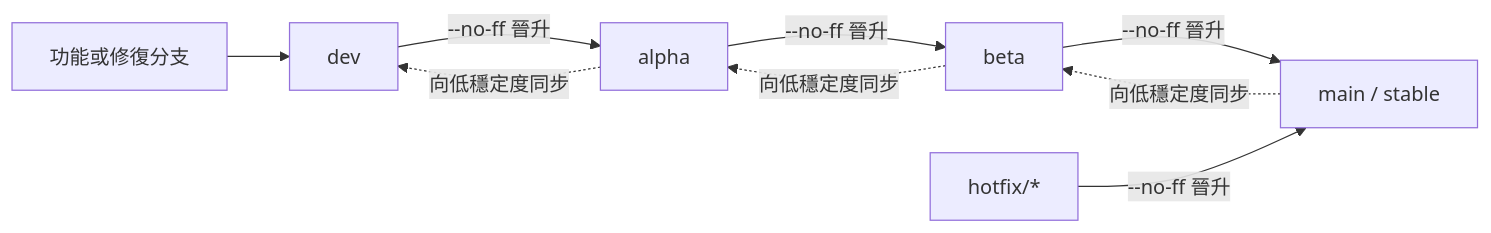
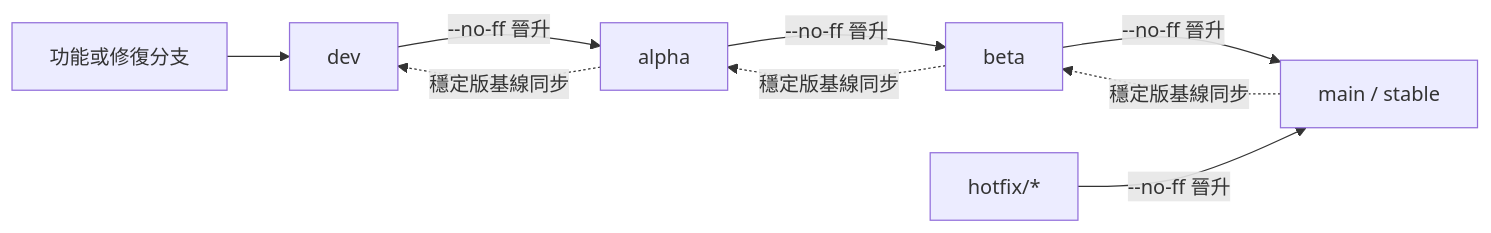
Before and after one commit to MinecraftSTL/XYML: the diagram in docs/ReleaseSchedule_zh_Hant.md, drawn with Mermaid. The commit also changed other lines of this file and 6 other files, not shown here.

````diff
--- a/docs/ReleaseSchedule_zh_Hant.md
+++ b/docs/ReleaseSchedule_zh_Hant.md
@@ -59,11 +59,11 @@
 ```mermaid
 flowchart LR
     F["功能或修復分支"] --> D["dev"]
     D -->|"--no-ff 晉升"| A["alpha"]
     A -->|"--no-ff 晉升"| B["beta"]
     B -->|"--no-ff 晉升"| S["main / stable"]
     H["hotfix/*"] -->|"--no-ff 晉升"| S
-    S -. "向低穩定度同步" .-> B
-    B -. "向低穩定度同步" .-> A
-    A -. "向低穩定度同步" .-> D
+    S -. "穩定版基線同步" .-> B
+    B -. "穩定版基線同步" .-> A
+    A -. "穩定版基線同步" .-> D
 ```
````
